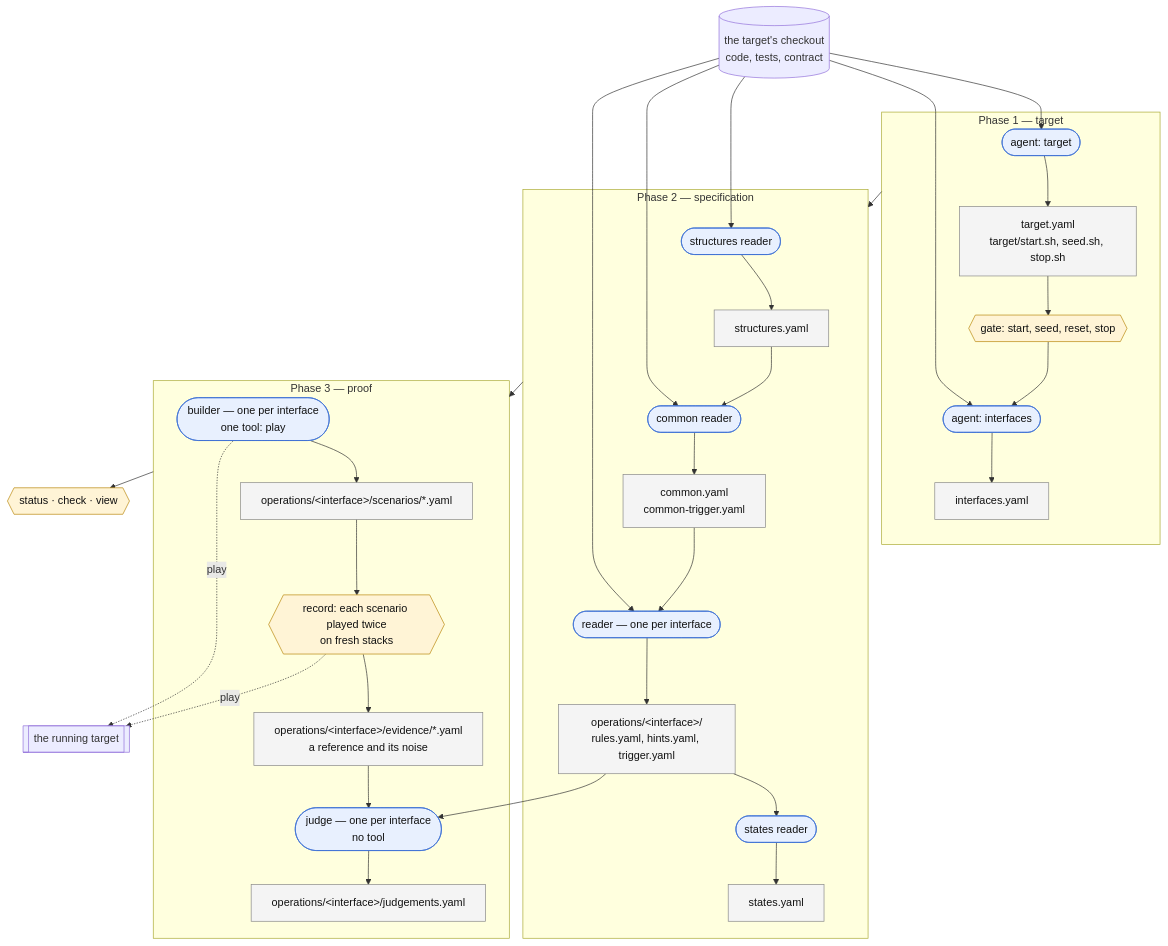
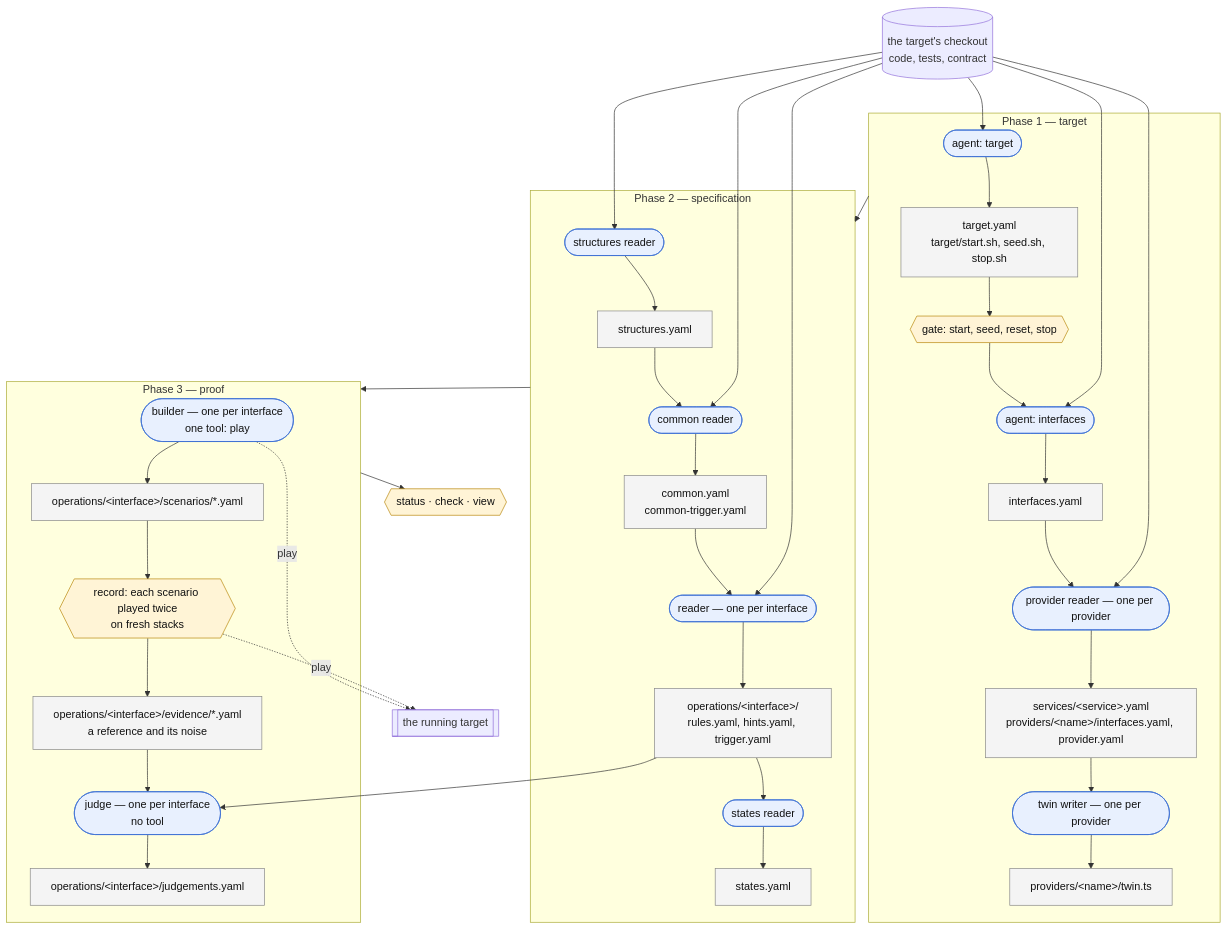
Before and after one commit to defsquare/exspec: the first of 2 diagrams in docs/extraction-flow.md, drawn with Mermaid. The commit also changed other lines of this file and 25 other files, not shown here.

````diff
--- a/docs/extraction-flow.md
+++ b/docs/extraction-flow.md
@@ -15,57 +15,62 @@
 ```mermaid
 flowchart TD
     code[("the target's checkout<br/>code, tests, contract")]
 
     subgraph P1["Phase 1 — target"]
         A1(["agent: target"])
         F1["target.yaml<br/>target/start.sh, seed.sh, stop.sh"]
         G1{{"gate: start, seed, reset, stop"}}
         A2(["agent: interfaces"])
         F2["interfaces.yaml"]
-        A1 --> F1 --> G1 --> A2 --> F2
+        PR(["provider reader — one per provider"])
+        FP["services/&lt;service&gt;.yaml<br/>providers/&lt;name&gt;/interfaces.yaml, provider.yaml"]
+        TW(["twin writer — one per provider"])
+        FT["providers/&lt;name&gt;/twin.ts"]
+        A1 --> F1 --> G1 --> A2 --> F2 --> PR --> FP --> TW --> FT
     end
 
     subgraph P2["Phase 2 — specification"]
         R1(["structures reader"])
         F3["structures.yaml"]
         R2(["common reader"])
         F4["common.yaml<br/>common-trigger.yaml"]
         R3(["reader — one per interface"])
         F5["operations/&lt;interface&gt;/<br/>rules.yaml, hints.yaml, trigger.yaml"]
         R4(["states reader"])
         F6["states.yaml"]
         R1 --> F3 --> R2 --> F4 --> R3 --> F5 --> R4 --> F6
     end
 
     subgraph P3["Phase 3 — proof"]
         B(["builder — one per interface<br/>one tool: play"])
         F7["operations/&lt;interface&gt;/scenarios/*.yaml"]
         T1{{"record: each scenario played twice<br/>on fresh stacks"}}
         F8["operations/&lt;interface&gt;/evidence/*.yaml<br/>a reference and its noise"]
         J(["judge — one per interface<br/>no tool"])
         F9["operations/&lt;interface&gt;/judgements.yaml"]
         B --> F7 --> T1 --> F8 --> J --> F9
     end
 
     sys[["the running target"]]
 
     code --> A1
     code --> A2
+    code --> PR
     code --> R1
     code --> R2
     code --> R3
     P1 --> P2 --> P3
     B -. "play" .-> sys
     T1 -. "play" .-> sys
     F5 --> J
 
     V{{"status · check · view"}}
     P3 --> V
 
     classDef agent fill:#e8f0fe,stroke:#3b6fd4,color:#111;
     classDef tool fill:#fff4d6,stroke:#b8860b,color:#111;
     classDef file fill:#f4f4f4,stroke:#888,color:#111;
-    class A1,A2,R1,R2,R3,R4,B,J agent;
+    class A1,A2,PR,TW,R1,R2,R3,R4,B,J agent;
     class G1,T1,V tool;
-    class F1,F2,F3,F4,F5,F6,F7,F8,F9 file;
+    class F1,F2,FP,FT,F3,F4,F5,F6,F7,F8,F9 file;
 ```
````
